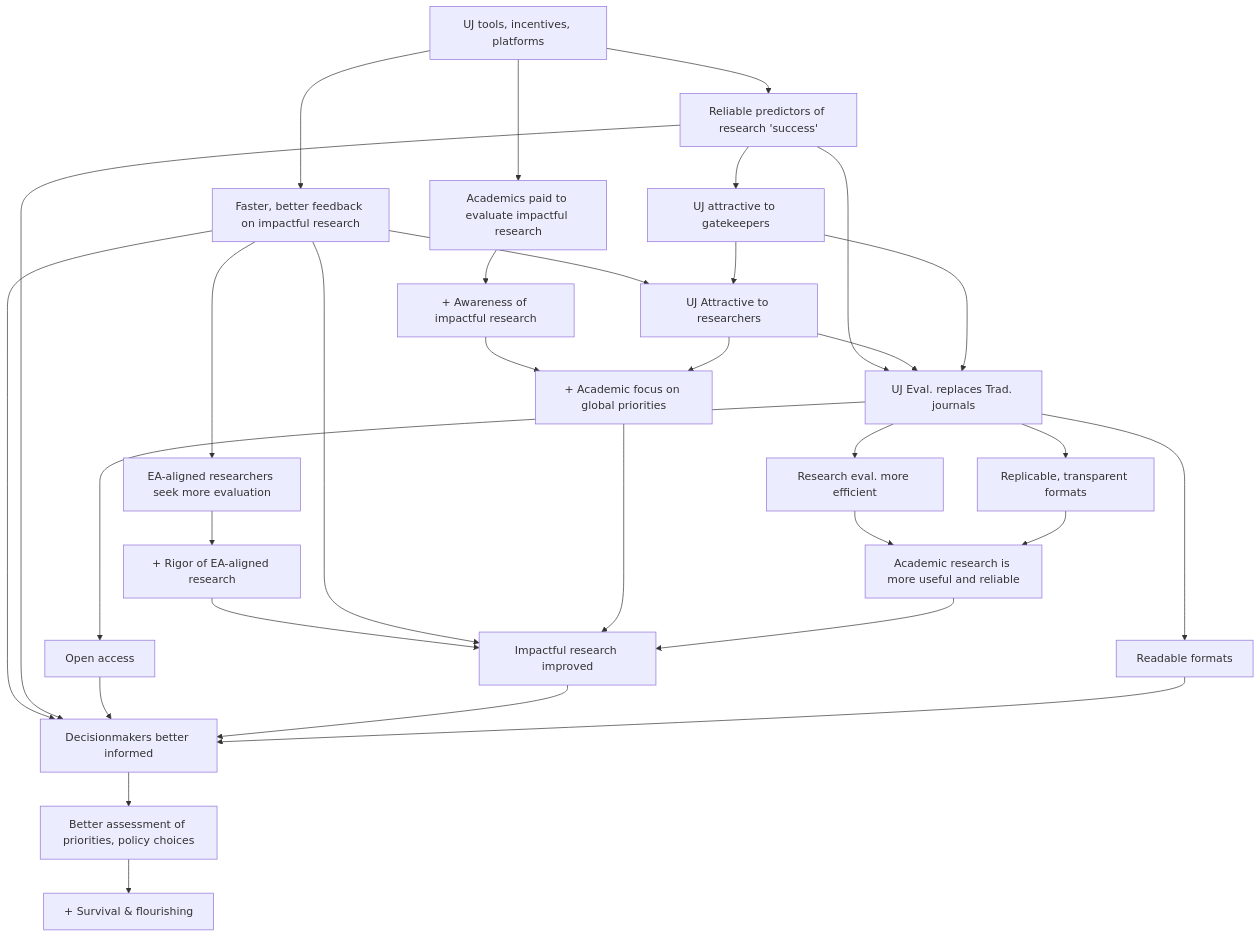
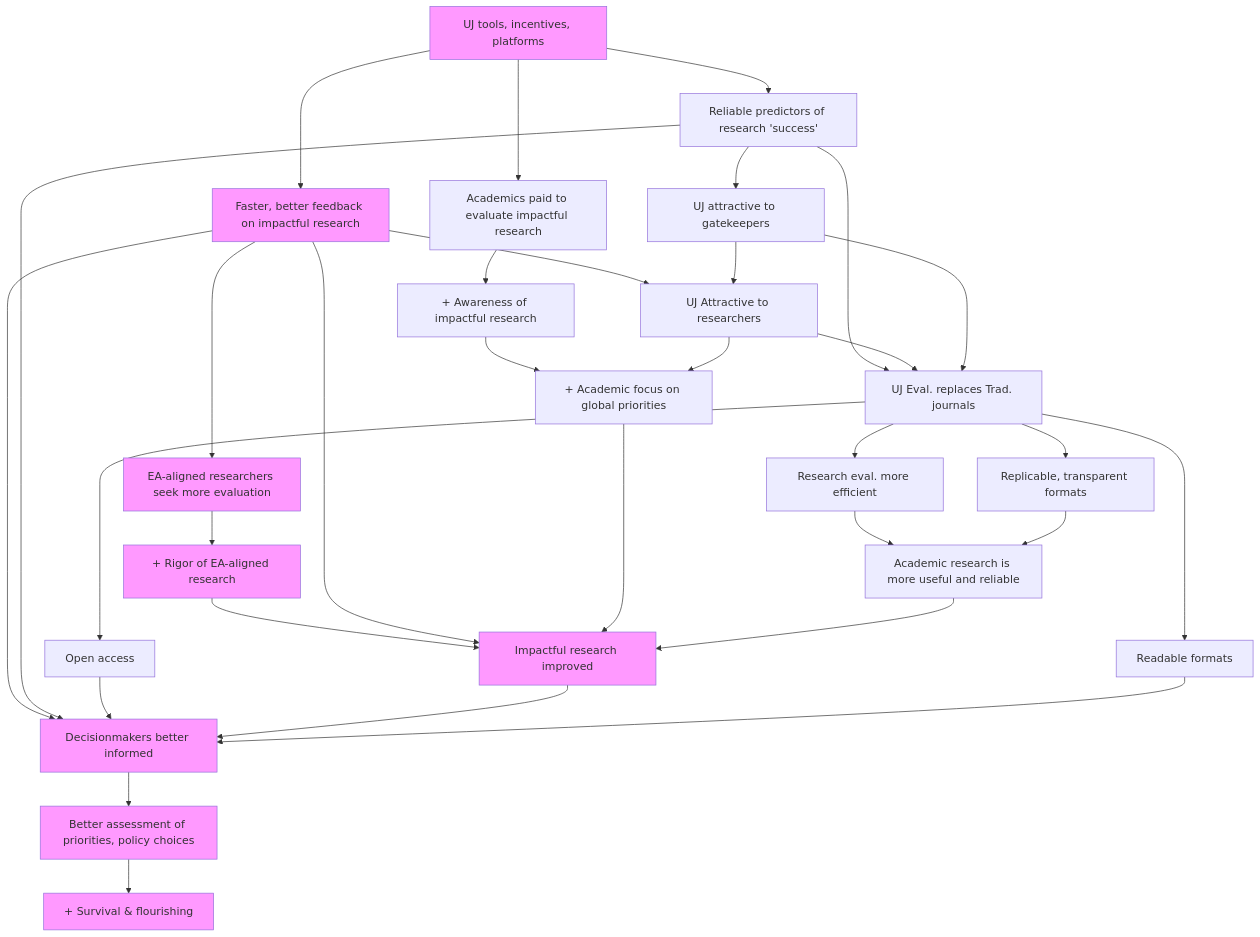
The diagram in benefits-and-features/global-priorities-theory-of-change.md (unjournal/unjournal_gitbook), drawn with Mermaid before and after one commit. The commit also changed other lines of this file, not shown here.

Commit message:
GitBook: [#425] Highlighting direct path

````diff
--- a/benefits-and-features/global-priorities-theory-of-change.md
+++ b/benefits-and-features/global-priorities-theory-of-change.md
@@ -5,20 +5,24 @@
 ```mermaid
 flowchart TD
-A0[UJ tools, incentives, platforms] -->  A[Faster/better feedback on impactful research ] 
-A[Faster/better feedback on impactful research ] --> EAR[EA-aligned researchers seek more evaluation] --> EAR1[+ Rigor of EA-aligned research] --> A1[Impactful research improved]
+classDef Direct fill:#f9f
+
+
+A0[UJ tools, incentives, platforms]:::Direct -->  A[Faster/better feedback on impactful research ]:::Direct 
+A[Faster/better feedback on impactful research ] --> EAR[EA-aligned researchers seek more evaluation]:::Direct --> EAR1[+ Rigor of EA-aligned research]:::Direct --> A1[Impactful research improved]:::Direct
 A0[UJ tools, incentives, platforms] --> I[Academics paid to evaluate impactful research] --> I2[+ Awareness of impactful research] --> D1[+ Academic focus on global priorities] 
  A[Faster/better feedback on impactful research ]  --> D[UJ Attractive to researchers]
  A[Faster/better feedback on impactful research ] --> A1[Impactful research improved] 
     A[Faster, better feedback on impactful research ] --> A2[Decisionmakers better informed]
 A0[UJ tools, incentives, platforms] --> B[Reliable predictors of research 'success'] --> B2[Replaces traditional journals] 
 B[Reliable predictors of research 'success'] --> A2[Decisionmakers better informed]
+
 D[UJ Attractive to researchers] --> B2[UJ Eval. replaces Trad. journals] 
 B1[UJ attractive to gatekeepers] --> D[UJ Attractive to researchers]
  D[UJ Attractive to researchers] --> D1[+ Academic focus on global priorities] --> A1[Impactful research improved]
 B[Reliable predictors of research 'success'] --> B1[UJ attractive to gatekeepers] --> B2[UJ Eval. replaces Trad. journals] 
 B2[UJ Eval. replaces Trad. journals] --> B3[Research eval. more efficient] --> B35[Academic research is more useful and reliable] --> A1[Impactful research improved]
 B2[UJ Eval. replaces Trad. journals] --> B4[Open access] --> A2[Decisionmakers better informed]
-A1[Impactful research improved] --> A2[Decisionmakers better informed]
-B2[UJ Eval. replaces Trad. journals] --> B5[Readable formats ] --> A2[Decisionmakers better informed] --> E1[Better assessment of priorities, policy choices] --> O[+ Survival & flourishing]
+A1[Impactful research improved] --> A2[Decisionmakers better informed]:::Direct
+B2[UJ Eval. replaces Trad. journals] --> B5[Readable formats ] --> A2[Decisionmakers better informed] --> E1[Better assessment of priorities, policy choices]:::Direct --> O[+ Survival & flourishing]:::Direct
 B2[UJ Eval. replaces Trad. journals]--> B6[Replicable, transparent formats] --> B35[Academic research is more useful and reliable]
 ```
````
